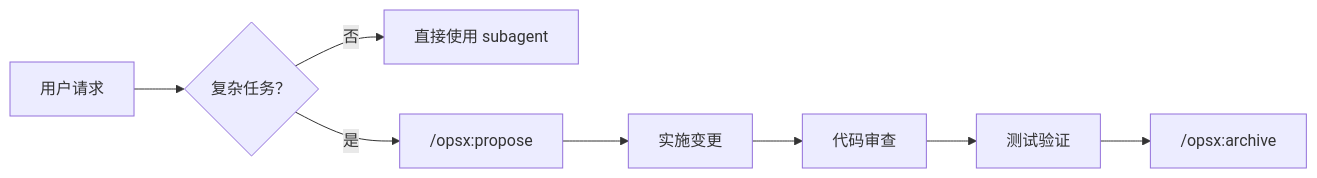
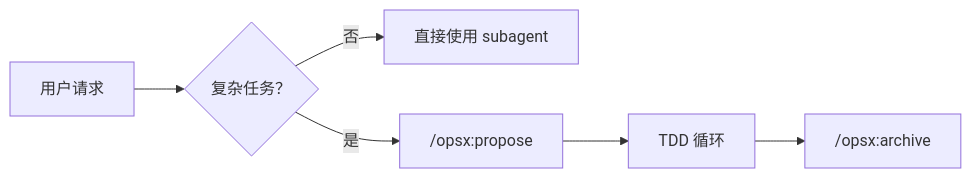
The second of 2 diagrams in .iflow/skills/fullstack/SKILL.md (lihaizhong/niuma), drawn with Mermaid before and after one commit. The commit also changed other lines of this file and 14 other files, not shown here.

````diff
--- a/.iflow/skills/fullstack/SKILL.md
+++ b/.iflow/skills/fullstack/SKILL.md
@@ -66,10 +152,8 @@
 ```mermaid
 flowchart LR
     A[用户请求] --> B{复杂任务？}
     B -->|否| C[直接使用 subagent]
     B -->|是| D["/opsx:propose"]
-    D --> E[实施变更]
-    E --> F[代码审查]
-    F --> G[测试验证]
-    G --> H["/opsx:archive"]
+    D --> E[TDD 循环]
+    E --> F["/opsx:archive"]
 ```
````
